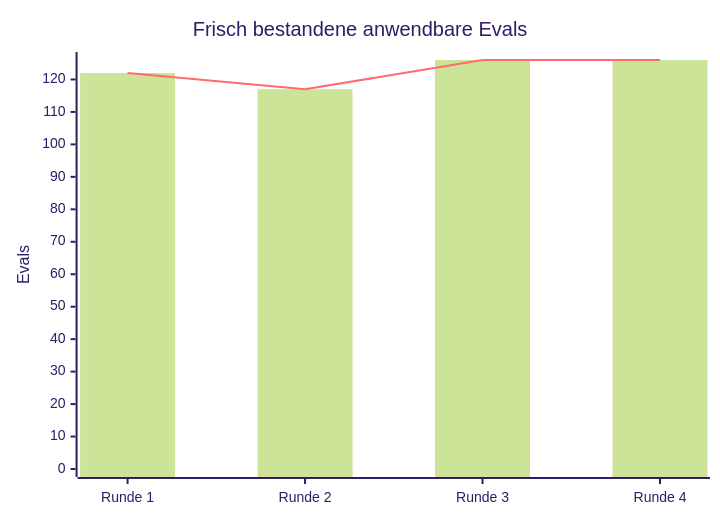
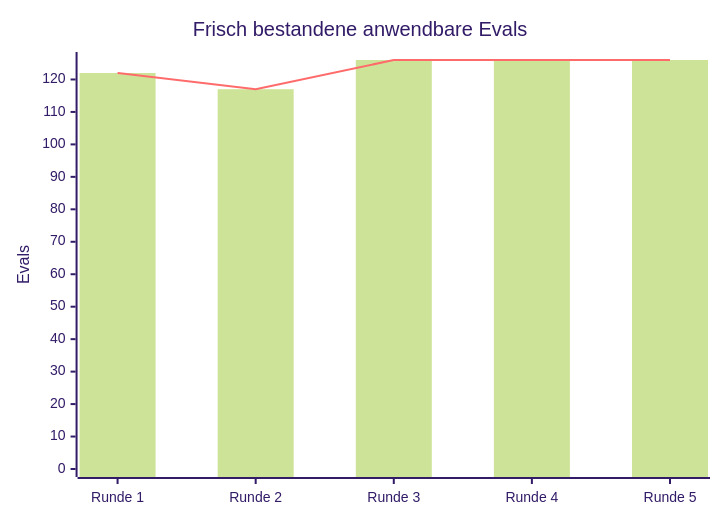
One commit to codegodjakob/onda changed the first of 2 diagrams in docs/evals/2026-08-05-fertigzustand.md. Above: the diagram before and after it, drawn with Mermaid (forest theme). The commit also changed other lines of this file and 1 other file, not shown here.

````diff
--- a/docs/evals/2026-08-05-fertigzustand.md
+++ b/docs/evals/2026-08-05-fertigzustand.md
@@ -26,8 +26,8 @@
 ```mermaid
 xychart-beta
   title "Frisch bestandene anwendbare Evals"
-  x-axis ["Runde 1", "Runde 2", "Runde 3", "Runde 4"]
+  x-axis ["Runde 1", "Runde 2", "Runde 3", "Runde 4", "Runde 5"]
   y-axis "Evals" 0 --> 126
-  bar [122, 117, 126, 126]
-  line [122, 117, 126, 126]
+  bar [122, 117, 126, 126, 126]
+  line [122, 117, 126, 126, 126]
 ```
````
